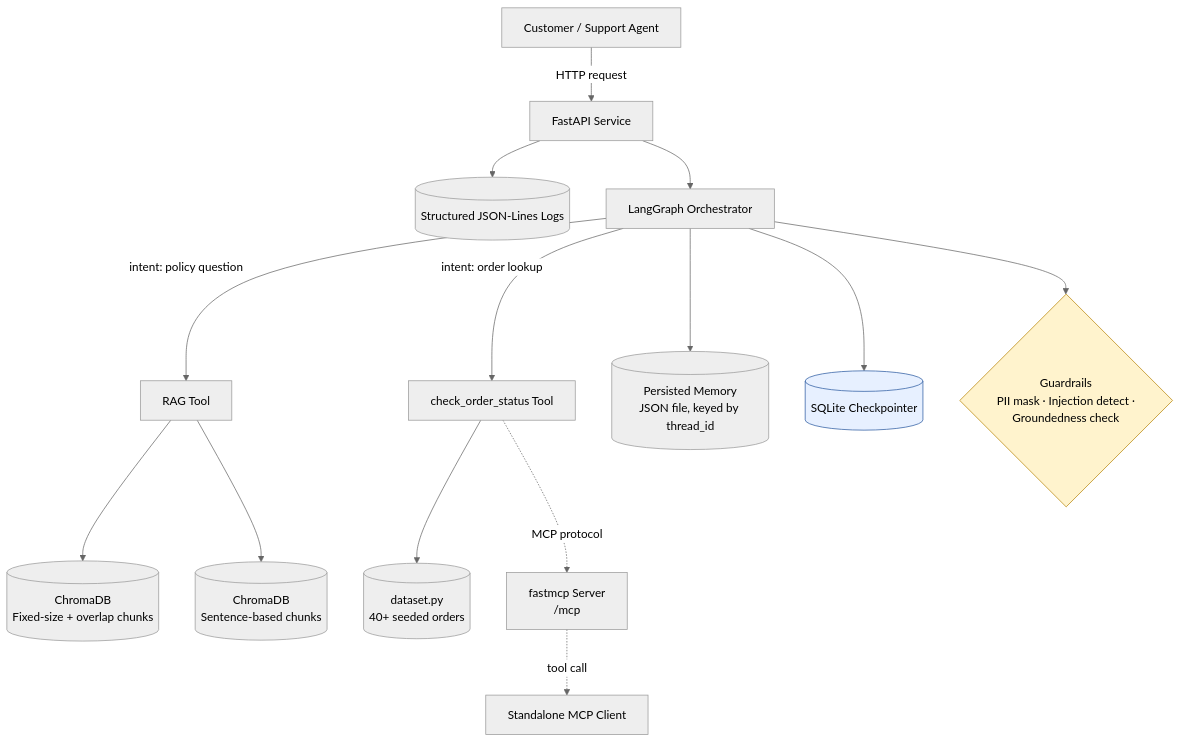
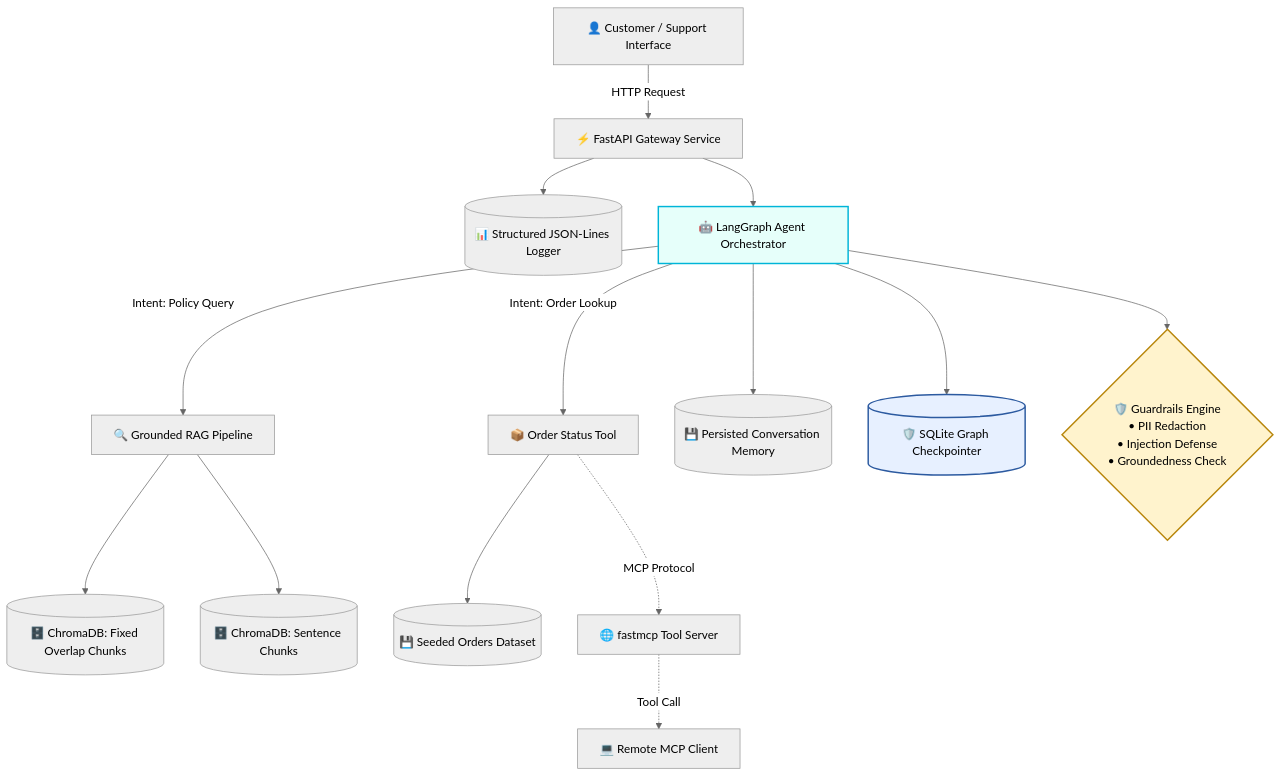
The diagram in README.md (Garima09-work/E-commerce), drawn with Mermaid (neutral theme) before and after one commit. The commit also changed other lines of this file, not shown here.

Commit message:
docs: enhance README with enterprise architecture, badges, and detailed setup guide

````diff
--- a/README.md
+++ b/README.md
@@ -19,24 +42,25 @@
 ```mermaid
 flowchart TB
-    U[Customer / Support Agent] -->|HTTP request| API[FastAPI Service]
-    API --> LOG[(Structured JSON-Lines Logs)]
-    API --> AGENT[LangGraph Orchestrator]
+    U[👤 Customer / Support Interface] -->|HTTP Request| API[⚡ FastAPI Gateway Service]
+    API --> LOG[(📊 Structured JSON-Lines Logger)]
+    API --> AGENT[🤖 LangGraph Agent Orchestrator]
 
-    AGENT -->|intent: policy question| RAG[RAG Tool]
-    AGENT -->|intent: order lookup| TOOL[check_order_status Tool]
+    AGENT -->|Intent: Policy Query| RAG[🔍 Grounded RAG Pipeline]
+    AGENT -->|Intent: Order Lookup| TOOL[📦 Order Status Tool]
 
-    RAG --> VDB1[(ChromaDB<br/>Fixed-size + overlap chunks)]
-    RAG --> VDB2[(ChromaDB<br/>Sentence-based chunks)]
+    RAG --> VDB1[(🗄️ ChromaDB: Fixed Overlap Chunks)]
+    RAG --> VDB2[(🗄️ ChromaDB: Sentence Chunks)]
 
-    TOOL --> DS[(dataset.py<br/>40+ seeded orders)]
+    TOOL --> DS[(💾 Seeded Orders Dataset)]
 
-    AGENT --> MEM[(Persisted Memory<br/>JSON file, keyed by thread_id)]
-    AGENT --> CKPT[(SQLite Checkpointer)]
-    AGENT --> GR{Guardrails<br/>PII mask · Injection detect ·<br/>Groundedness check}
+    AGENT --> MEM[(💾 Persisted Conversation Memory)]
+    AGENT --> CKPT[(🛡️ SQLite Graph Checkpointer)]
+    AGENT --> GR{🛡️ Guardrails Engine<br/>• PII Redaction<br/>• Injection Defense<br/>• Groundedness Check}
 
-    TOOL -. MCP protocol .-> MCPS[fastmcp Server<br/>/mcp]
-    MCPS -. tool call .-> MCPC[Standalone MCP Client]
+    TOOL -. MCP Protocol .-> MCPS[🌐 fastmcp Tool Server]
+    MCPS -. Tool Call .-> MCPC[💻 Remote MCP Client]
 
-    style GR fill:#fff3cd,stroke:#b8860b
-    style CKPT fill:#e7f0ff,stroke:#2c5aa0
+    style GR fill:#fff3cd,stroke:#b8860b,stroke-width:2px
+    style CKPT fill:#e7f0ff,stroke:#2c5aa0,stroke-width:2px
+    style AGENT fill:#e6fffa,stroke:#00b5d8,stroke-width:2px
 ```
````
